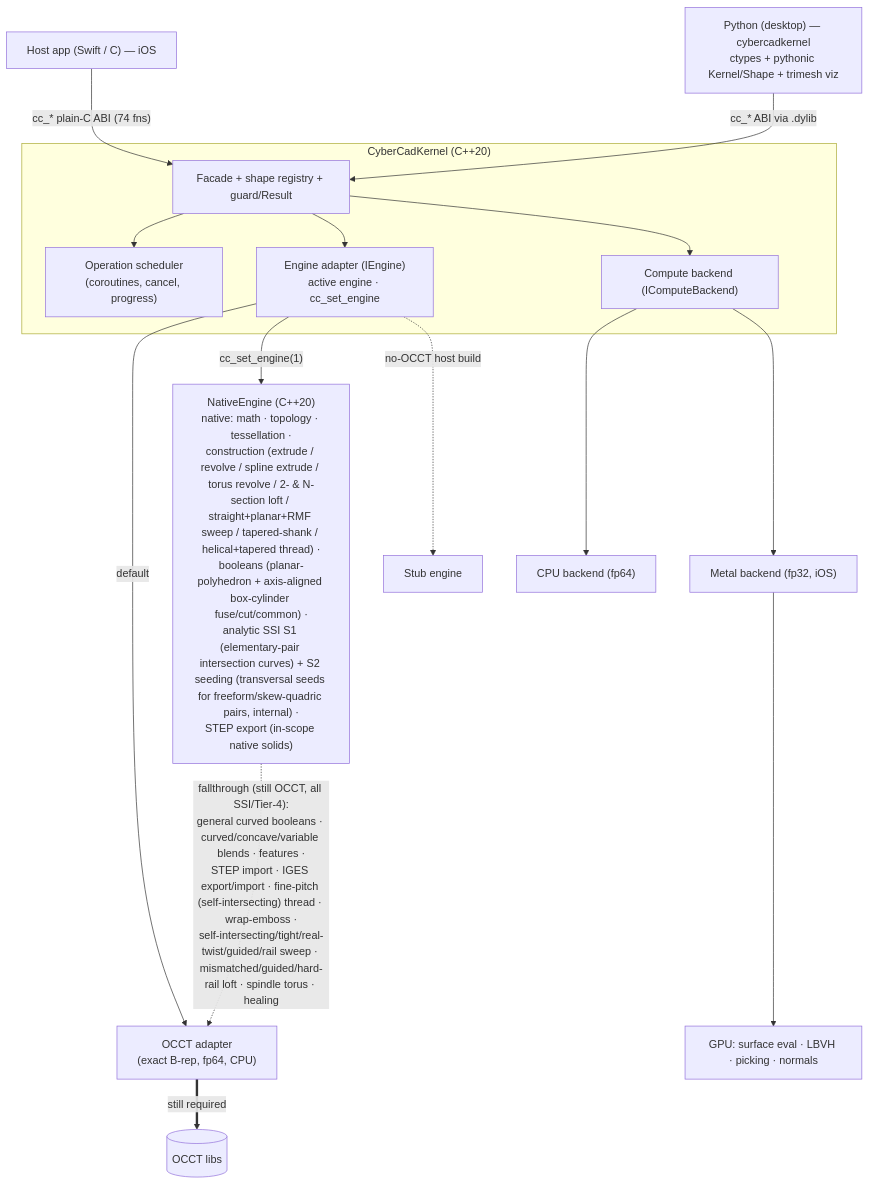
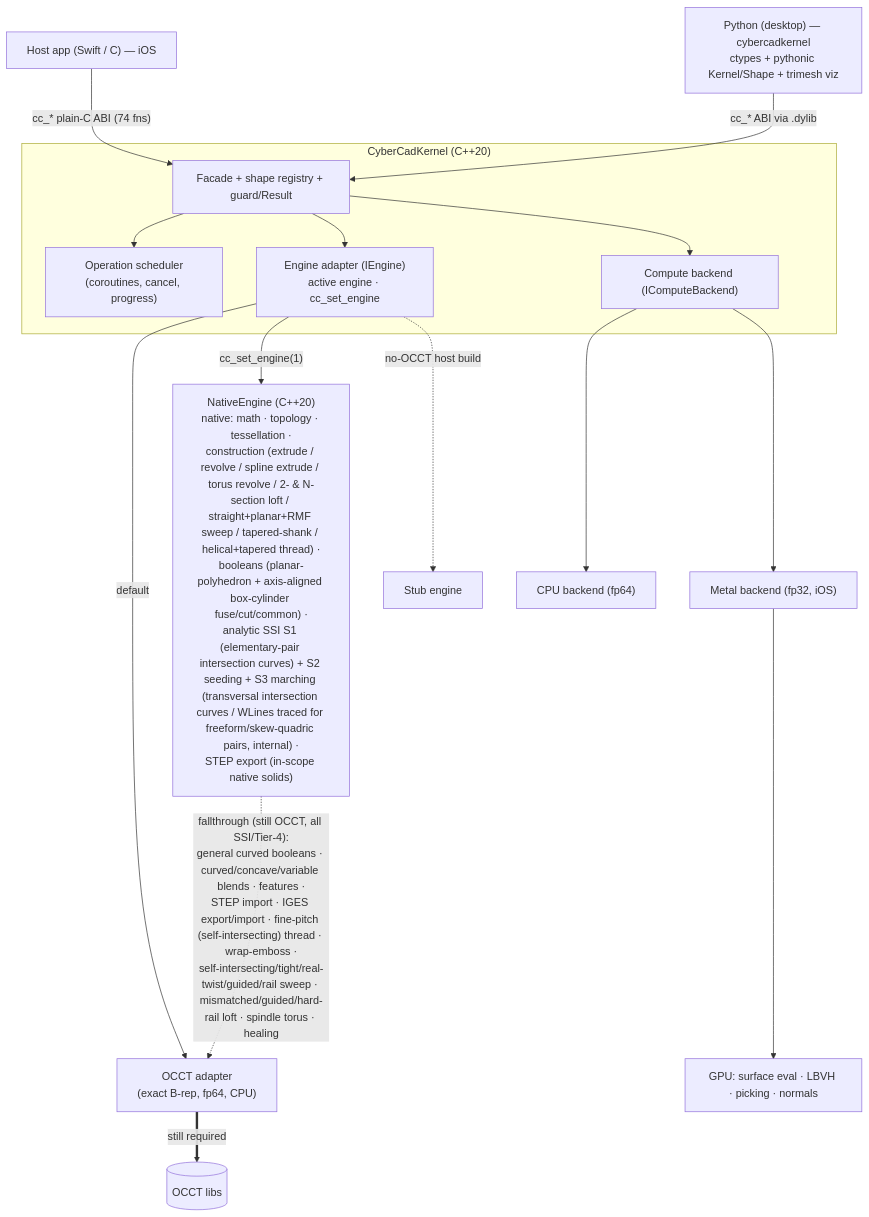
Before and after one commit to CyberdyneCorp/CyberCadKernel: the diagram in README.md, drawn with Mermaid. The commit also changed other lines of this file and 20 other files, not shown here.

````diff
--- a/README.md
+++ b/README.md
@@ -33,27 +33,27 @@
 ```mermaid
 flowchart TD
     App["Host app (Swift / C) — iOS"] -->|"cc_* plain-C ABI (74 fns)"| Facade
     Py["Python (desktop) — cybercadkernel<br/>ctypes + pythonic Kernel/Shape + trimesh viz"] -->|"cc_* ABI via .dylib"| Facade
 
     subgraph Kernel["CyberCadKernel (C++20)"]
         Facade["Facade + shape registry + guard/Result"]
         Sched["Operation scheduler<br/>(coroutines, cancel, progress)"]
         Engine["Engine adapter (IEngine)<br/>active engine · cc_set_engine"]
         Compute["Compute backend (IComputeBackend)"]
 
         Facade --> Sched
         Facade --> Engine
         Facade --> Compute
     end
 
     Engine -->|"default"| OCCT["OCCT adapter<br/>(exact B-rep, fp64, CPU)"]
-    Engine -->|"cc_set_engine(1)"| Native["NativeEngine (C++20)<br/>native: math · topology · tessellation ·<br/>construction (extrude / revolve / spline extrude / torus revolve / 2- &amp; N-section loft / straight+planar+RMF sweep / tapered-shank / helical+tapered thread) ·<br/>booleans (planar-polyhedron + axis-aligned box-cylinder fuse/cut/common) ·<br/>analytic SSI S1 (elementary-pair intersection curves) + S2 seeding (transversal seeds for freeform/skew-quadric pairs, internal) ·<br/>STEP export (in-scope native solids)"]
+    Engine -->|"cc_set_engine(1)"| Native["NativeEngine (C++20)<br/>native: math · topology · tessellation ·<br/>construction (extrude / revolve / spline extrude / torus revolve / 2- &amp; N-section loft / straight+planar+RMF sweep / tapered-shank / helical+tapered thread) ·<br/>booleans (planar-polyhedron + axis-aligned box-cylinder fuse/cut/common) ·<br/>analytic SSI S1 (elementary-pair intersection curves) + S2 seeding + S3 marching (transversal intersection curves / WLines traced for freeform/skew-quadric pairs, internal) ·<br/>STEP export (in-scope native solids)"]
     Engine -.->|"no-OCCT host build"| Stub["Stub engine"]
 
     Native -.->|"fallthrough (still OCCT, all SSI/Tier-4):<br/>general curved booleans · curved/concave/variable blends · features ·<br/>STEP import · IGES export/import · fine-pitch (self-intersecting) thread · wrap-emboss ·<br/>self-intersecting/tight/real-twist/guided/rail sweep · mismatched/guided/hard-rail loft · spindle torus · healing"| OCCT
     OCCT ==>|"still required"| OCCTlib[("OCCT libs")]
 
     Compute --> CPUb["CPU backend (fp64)"]
     Compute --> Metal["Metal backend (fp32, iOS)"]
     Metal --> GPU["GPU: surface eval · LBVH · picking · normals"]
 ```
````
